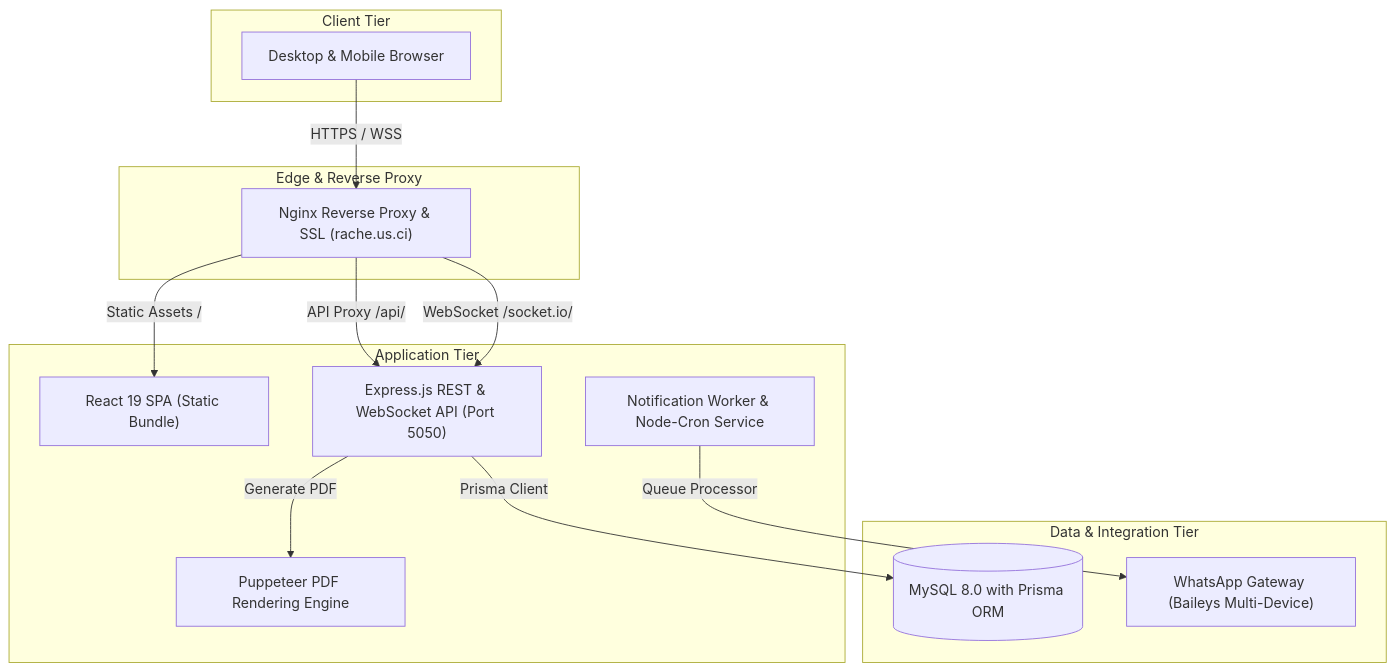
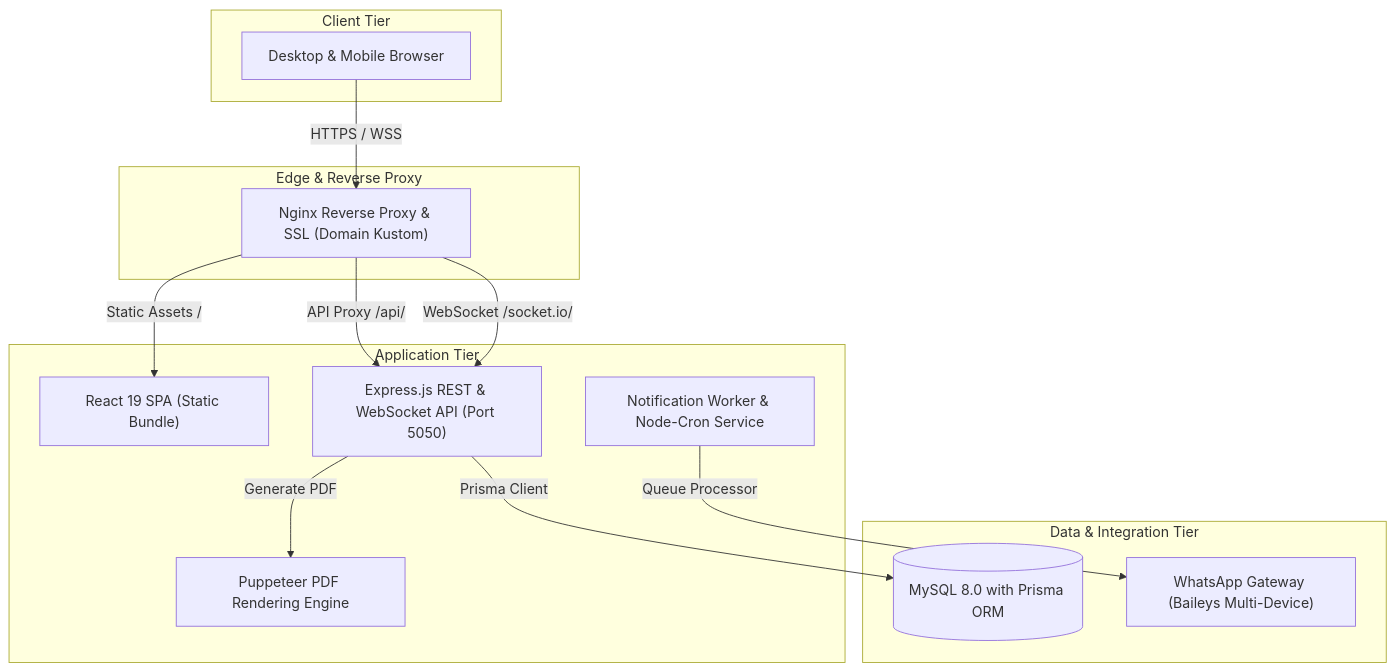
The diagram in README.md (Oliviarachelll/TugasAkhir_PT-KAI-Divre-I-SU-), drawn with Mermaid before and after one commit. The commit also changed other lines of this file and 4 other files, not shown here.

````diff
--- a/README.md
+++ b/README.md
@@ -25,30 +24,30 @@
 ```mermaid
 graph TD
     subgraph Client Tier
         Browser["Desktop & Mobile Browser"]
     end
 
     subgraph Edge & Reverse Proxy
-        Nginx["Nginx Reverse Proxy & SSL (rache.us.ci)"]
+        Nginx["Nginx Reverse Proxy & SSL (Domain Kustom)"]
     end
 
     subgraph Application Tier
         ViteSPA["React 19 SPA (Static Bundle)"]
         ExpressApp["Express.js REST & WebSocket API (Port 5050)"]
         Worker["Notification Worker & Node-Cron Service"]
         PuppeteerEngine["Puppeteer PDF Rendering Engine"]
     end
 
     subgraph Data & Integration Tier
         MySQL[(MySQL 8.0 with Prisma ORM)]
         WhatsAppAPI["WhatsApp Gateway (Baileys Multi-Device)"]
     end
 
     Browser -->|HTTPS / WSS| Nginx
     Nginx -->|Static Assets /| ViteSPA
     Nginx -->|API Proxy /api/| ExpressApp
     Nginx -->|WebSocket /socket.io/| ExpressApp
     ExpressApp -->|Prisma Client| MySQL
     ExpressApp -->|Generate PDF| PuppeteerEngine
     Worker -->|Queue Processor| WhatsAppAPI
 ```
````
